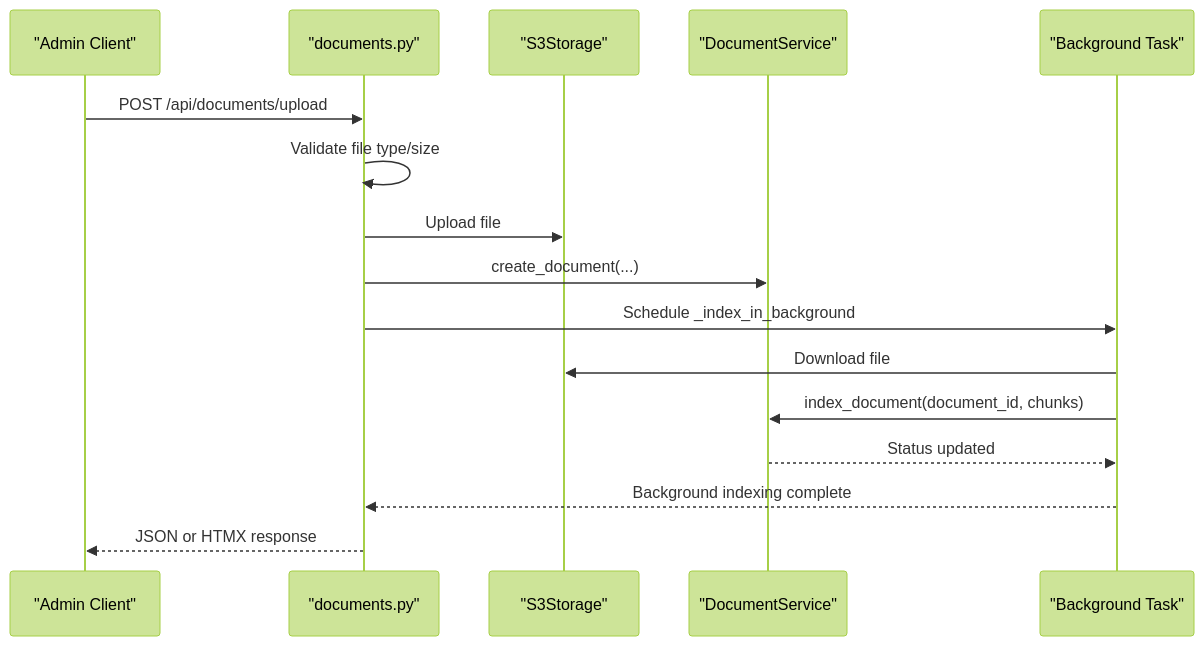
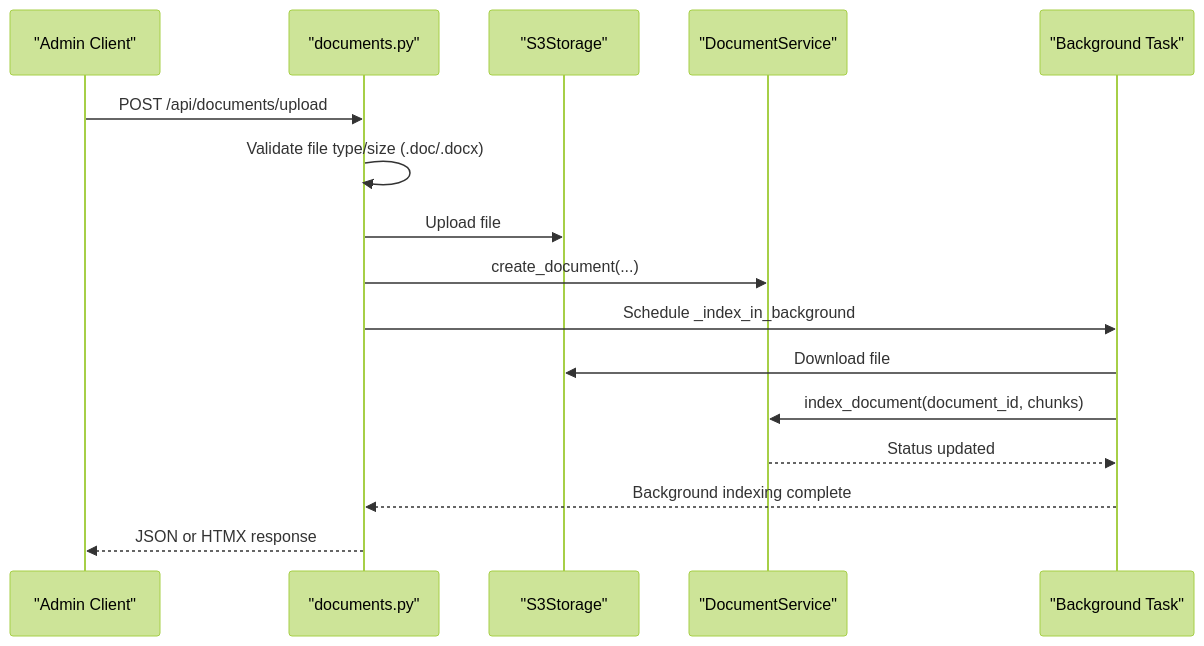
Before and after one commit to ognelis/cafetera_hr_bot: diagram 11 of 12 in .qoder/repowiki/en/content/RAG Integration/RAG Parser Enhancement.md, drawn with Mermaid (forest theme). The commit also changed other lines of this file and 11 other files, not shown here.

````diff
--- a/.qoder/repowiki/en/content/RAG Integration/RAG Parser Enhancement.md
+++ b/.qoder/repowiki/en/content/RAG Integration/RAG Parser Enhancement.md
@@ -354,18 +418,18 @@
 ```mermaid
 sequenceDiagram
 participant Client as "Admin Client"
 participant API as "documents.py"
 participant S3 as "S3Storage"
 participant Service as "DocumentService"
 participant BG as "Background Task"
 Client->>API : POST /api/documents/upload
-API->>API : Validate file type/size
+API->>API : Validate file type/size (.doc/.docx)
 API->>S3 : Upload file
 API->>Service : create_document(...)
 API->>BG : Schedule _index_in_background
 BG->>S3 : Download file
 BG->>Service : index_document(document_id, chunks)
 Service-->>BG : Status updated
 BG-->>API : Background indexing complete
 API-->>Client : JSON or HTMX response
 ```
````
